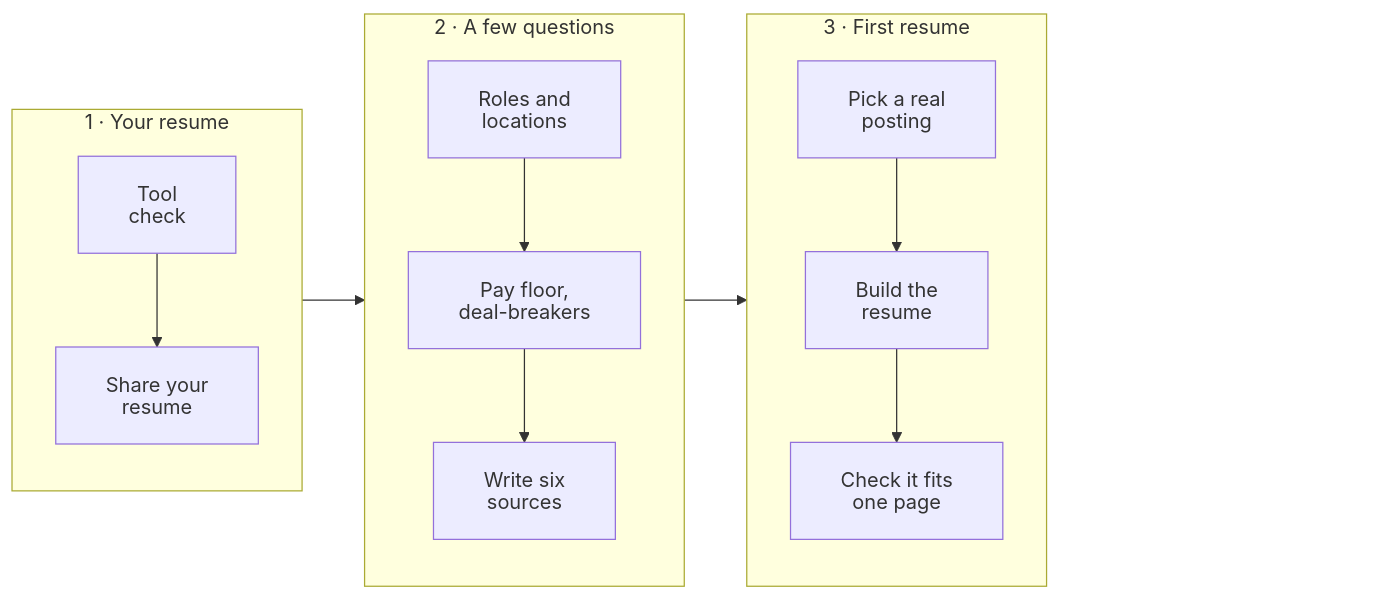
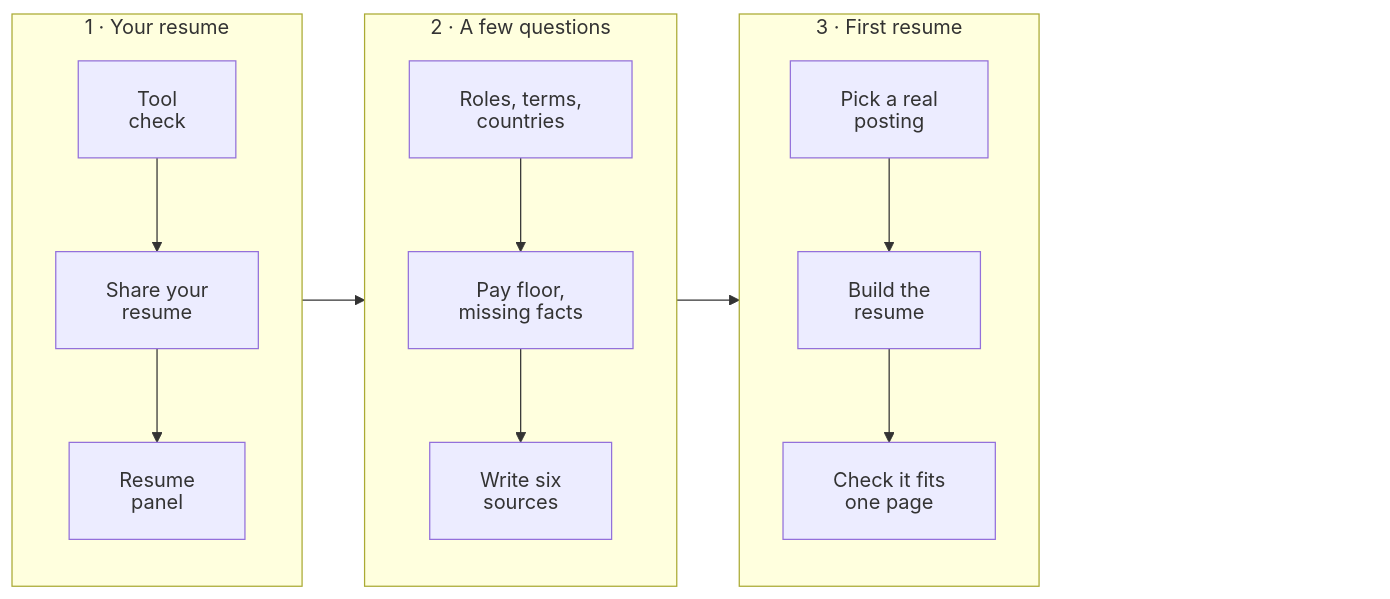
Before and after one commit to alymo8/jobapps: the third of 3 diagrams in README.md, drawn with Mermaid. The commit also changed other lines of this file and 32 other files, not shown here.

````diff
--- a/README.md
+++ b/README.md
@@ -79,19 +80,19 @@
 ```mermaid
 %%{init: {"htmlLabels": false, "flowchart": {"htmlLabels": false, "padding": 20}}}%%
 flowchart LR
     subgraph S1["1 · Your resume"]
         direction TB
-        S10["Tool<br/>check"] --> S11["Share your<br/>resume"]
+        S10["Tool<br/>check"] --> S11["Share your<br/>resume"] --> S12["Resume<br/>panel"]
     end
     subgraph S2["2 · A few questions"]
         direction TB
-        S20["Roles and<br/>locations"] --> S21["Pay floor,<br/>deal-breakers"] --> S22["Write six<br/>sources"]
+        S20["Roles, terms,<br/>countries"] --> S21["Pay floor,<br/>missing facts"] --> S22["Write six<br/>sources"]
     end
     subgraph S3["3 · First resume"]
         direction TB
         S30["Pick a real<br/>posting"] --> S31["Build the<br/>resume"] --> S32["Check it fits<br/>one page"]
     end
     S1 --> S2 --> S3
     S3 ~~~ PAD["room for the zoom buttons"]
     style PAD fill:none,stroke:none,color:transparent
 ```
````
